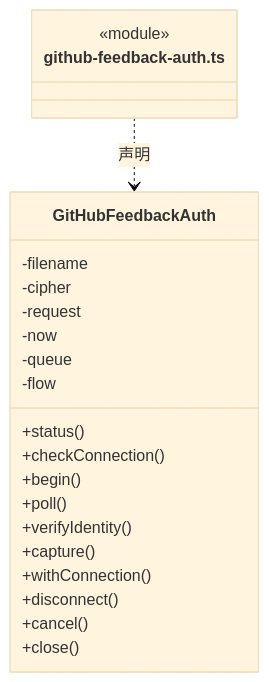
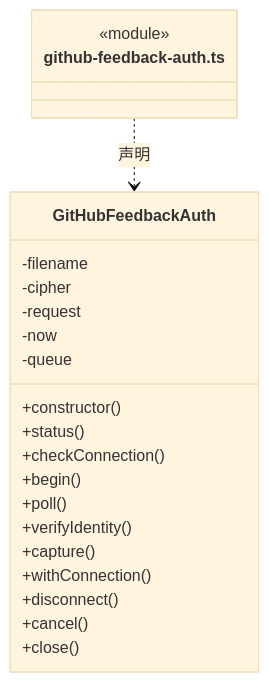
Before and after one commit to nan023062/cbim: the fourth of 9 diagrams in src/logic/feedback/service/ARCHITECTURE.md, drawn with Mermaid (base theme). The commit also changed other lines of this file and 139 other files, not shown here.

Commit message:
docs(architecture): add source reading paths and complete file inventories

````diff
--- a/src/logic/feedback/service/ARCHITECTURE.md
+++ b/src/logic/feedback/service/ARCHITECTURE.md
@@ -89,25 +93,25 @@
 ```mermaid
 classDiagram
 class N_src_logic_feedback_service_github_feedback_auth_ts["github-feedback-auth.ts"] {
   <<module>>
 }
 class N_src_logic_feedback_service_github_feedback_auth_ts_GitHubFeedbackAuth["GitHubFeedbackAuth"] {
+  +constructor()
   +status()
   +checkConnection()
   +begin()
   +poll()
   +verifyIdentity()
   +capture()
   +withConnection()
   +disconnect()
   +cancel()
   +close()
   -filename
   -cipher
   -request
   -now
   -queue
-  -flow
 }
 N_src_logic_feedback_service_github_feedback_auth_ts ..> N_src_logic_feedback_service_github_feedback_auth_ts_GitHubFeedbackAuth : 声明
 ```
````
